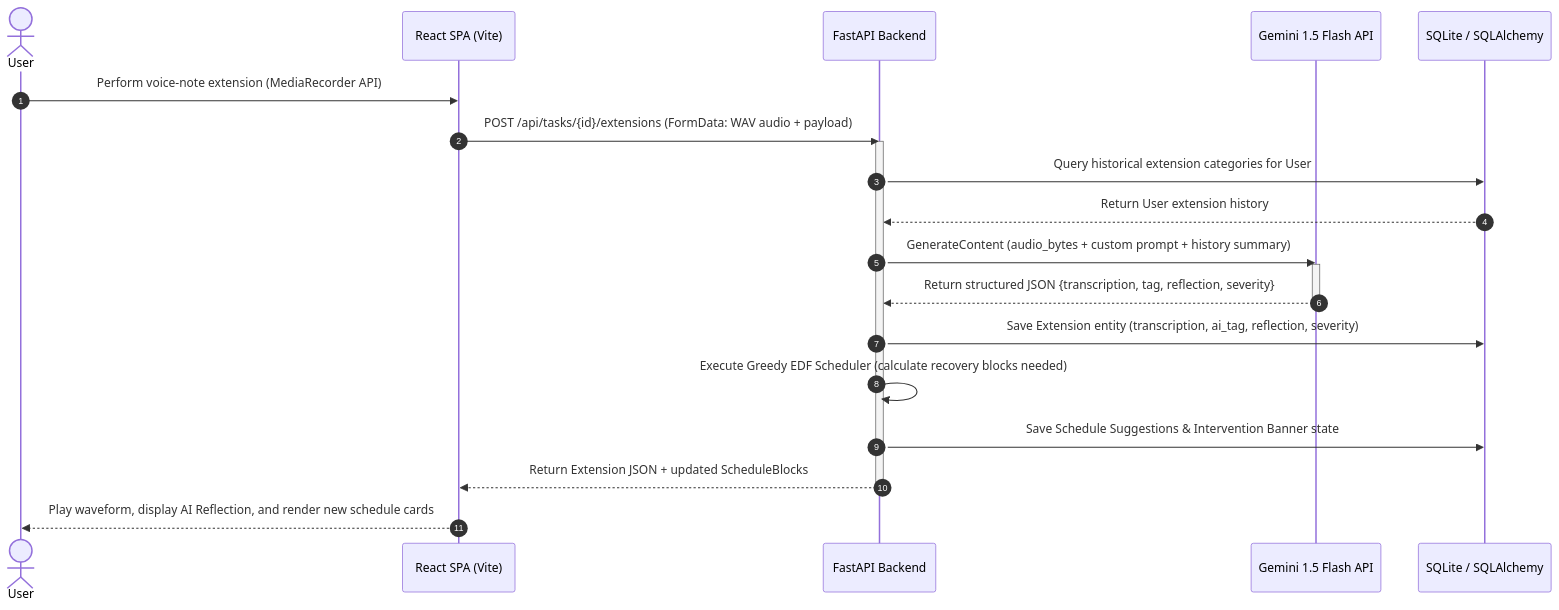
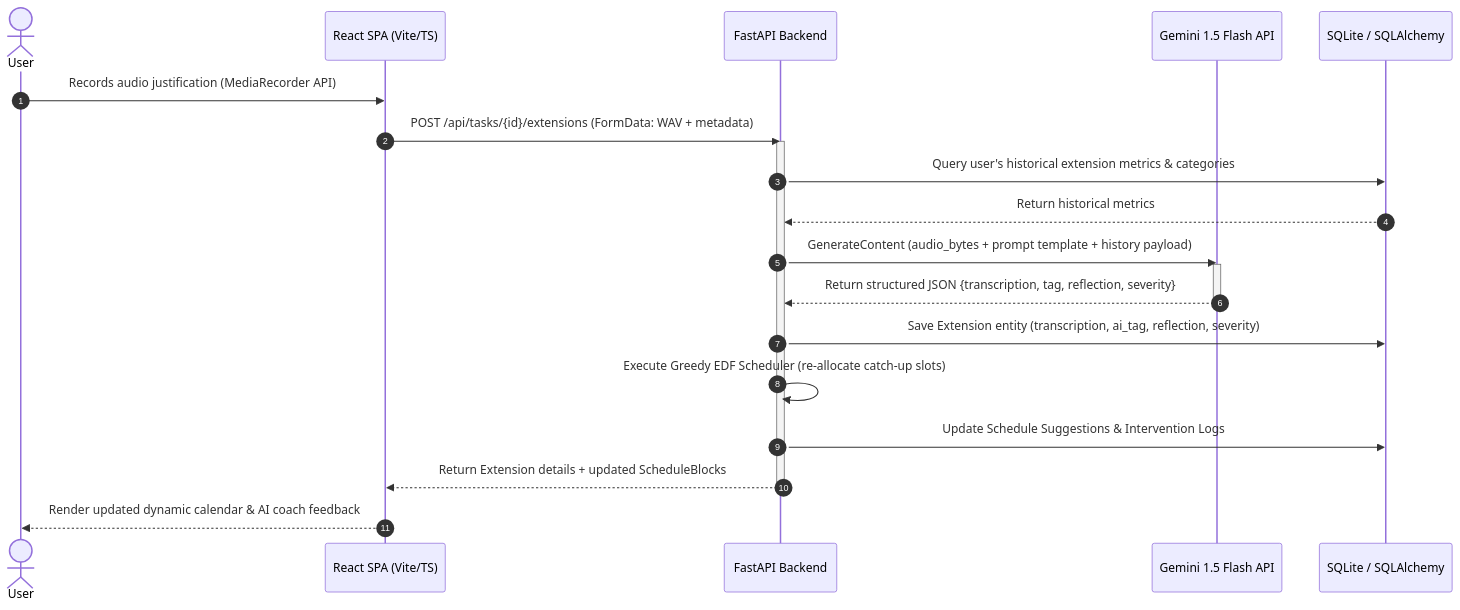
One commit to NavniMahendroo/Vibe2Ship changed the diagram in README.md. Above: the diagram before and after it, drawn with Mermaid. The commit also changed other lines of this file and 9 other files, not shown here.

````diff
--- a/README.md
+++ b/README.md
@@ -29,25 +20,25 @@
 ```mermaid
 sequenceDiagram
     autonumber
     actor User
-    participant Frontend as React SPA (Vite)
+    participant Frontend as React SPA (Vite/TS)
     participant API as FastAPI Backend
     participant Gemini as Gemini 1.5 Flash API
     participant DB as SQLite / SQLAlchemy
-
-    User->>Frontend: Perform voice-note extension (MediaRecorder API)
-    Frontend->>API: POST /api/tasks/{id}/extensions (FormData: WAV audio + payload)
+    
+    User->>Frontend: Records audio justification (MediaRecorder API)
+    Frontend->>API: POST /api/tasks/{id}/extensions (FormData: WAV + metadata)
     activate API
-    API->>DB: Query historical extension categories for User
-    DB-->>API: Return User extension history
-    API->>Gemini: GenerateContent (audio_bytes + custom prompt + history summary)
+    API->>DB: Query user's historical extension metrics & categories
+    DB-->>API: Return historical metrics
+    API->>Gemini: GenerateContent (audio_bytes + prompt template + history payload)
     activate Gemini
     Gemini-->>API: Return structured JSON {transcription, tag, reflection, severity}
     deactivate Gemini
     API->>DB: Save Extension entity (transcription, ai_tag, reflection, severity)
-    API->>API: Execute Greedy EDF Scheduler (calculate recovery blocks needed)
-    API->>DB: Save Schedule Suggestions & Intervention Banner state
-    API-->>Frontend: Return Extension JSON + updated ScheduleBlocks
+    API->>API: Execute Greedy EDF Scheduler (re-allocate catch-up slots)
+    API->>DB: Update Schedule Suggestions & Intervention Logs
+    API-->>Frontend: Return Extension details + updated ScheduleBlocks
     deactivate API
-    Frontend-->>User: Play waveform, display AI Reflection, and render new schedule cards
+    Frontend-->>User: Render updated dynamic calendar & AI coach feedback
 ```
````
